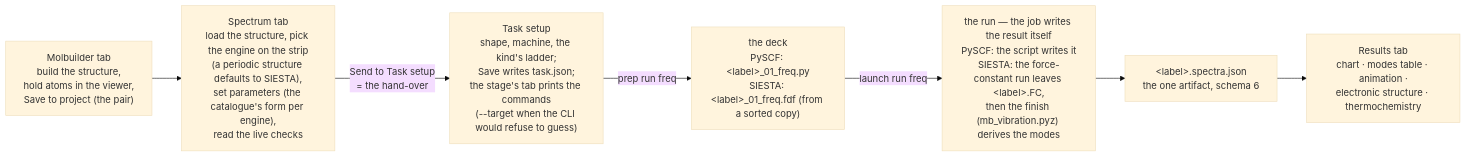
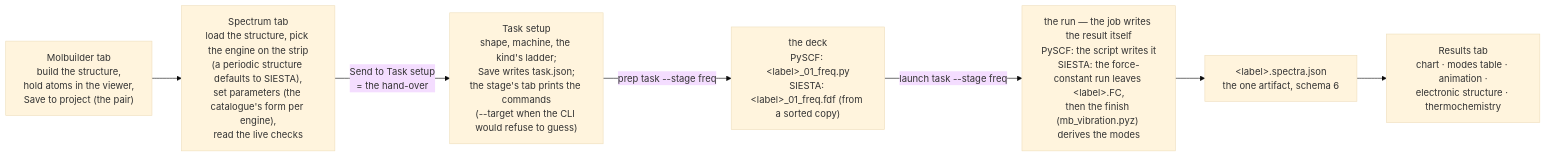
The first of 2 diagrams in docs/engines/vibration.md (Qing-LAB/molbuilder), drawn with Mermaid (base theme) before and after one commit. The commit also changed other lines of this file and 30 other files, not shown here.

````diff
--- a/docs/engines/vibration.md
+++ b/docs/engines/vibration.md
@@ -184,9 +184,9 @@
 ```mermaid
 flowchart LR
   M["Molbuilder tab<br/>build the structure,<br/>hold atoms in the viewer,<br/>Save to project (the pair)"] --> S["Spectrum tab<br/>load the structure, pick the engine on the strip<br/>(a periodic structure defaults to SIESTA),<br/>set parameters (the catalogue's form per engine),<br/>read the live checks"]
   S -->|"Send to Task setup<br/>= the hand-over"| T["Task setup<br/>shape, machine, the kind's ladder;<br/>Save writes task.json;<br/>the stage's tab prints the commands<br/>(--target when the CLI would refuse to guess)"]
-  T -->|"prep run freq"| P["the deck<br/>PySCF: &lt;label&gt;_01_freq.py<br/>SIESTA: &lt;label&gt;_01_freq.fdf (from a sorted copy)"]
-  P -->|"launch run freq"| R["the run — the job writes the result itself<br/>PySCF: the script writes it<br/>SIESTA: the force-constant run leaves &lt;label&gt;.FC,<br/>then the finish (mb_vibration.pyz) derives the modes"]
+  T -->|"prep task --stage freq"| P["the deck<br/>PySCF: &lt;label&gt;_01_freq.py<br/>SIESTA: &lt;label&gt;_01_freq.fdf (from a sorted copy)"]
+  P -->|"launch task --stage freq"| R["the run — the job writes the result itself<br/>PySCF: the script writes it<br/>SIESTA: the force-constant run leaves &lt;label&gt;.FC,<br/>then the finish (mb_vibration.pyz) derives the modes"]
   R --> A["&lt;label&gt;.spectra.json<br/>the one artifact, schema 6"]
   A --> V["Results tab<br/>chart · modes table · animation ·<br/>electronic structure · thermochemistry"]
 ```
````
